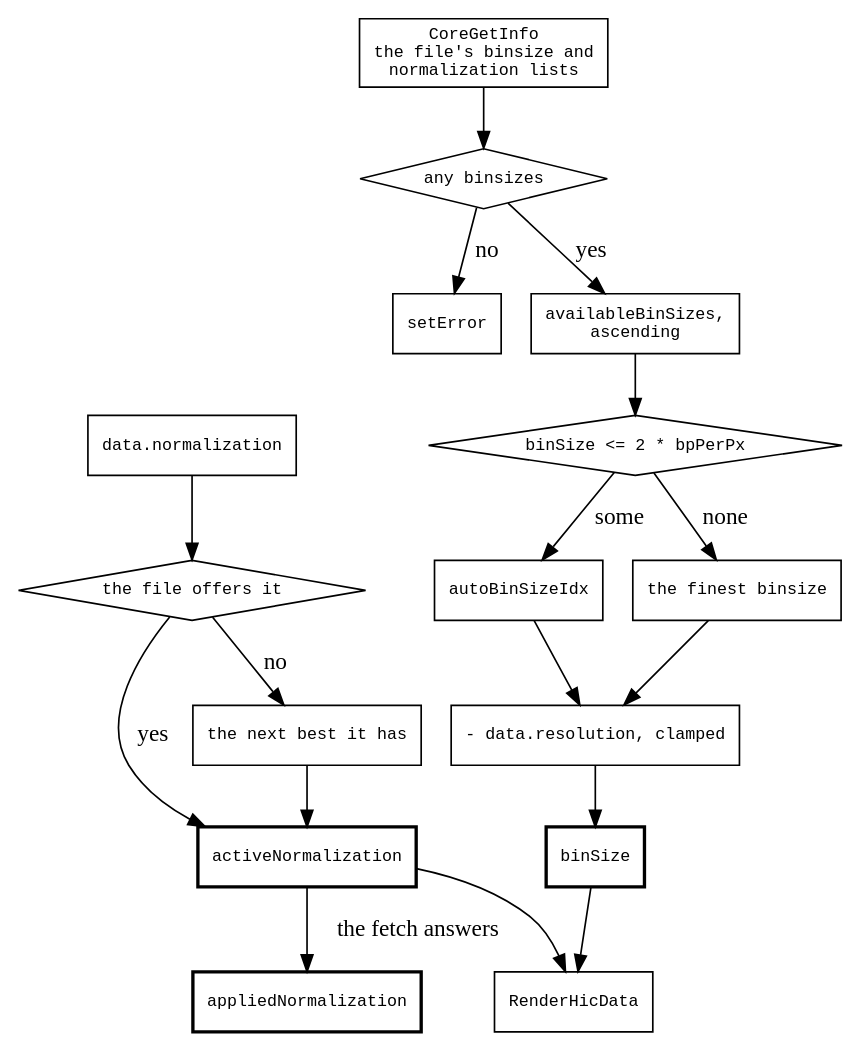
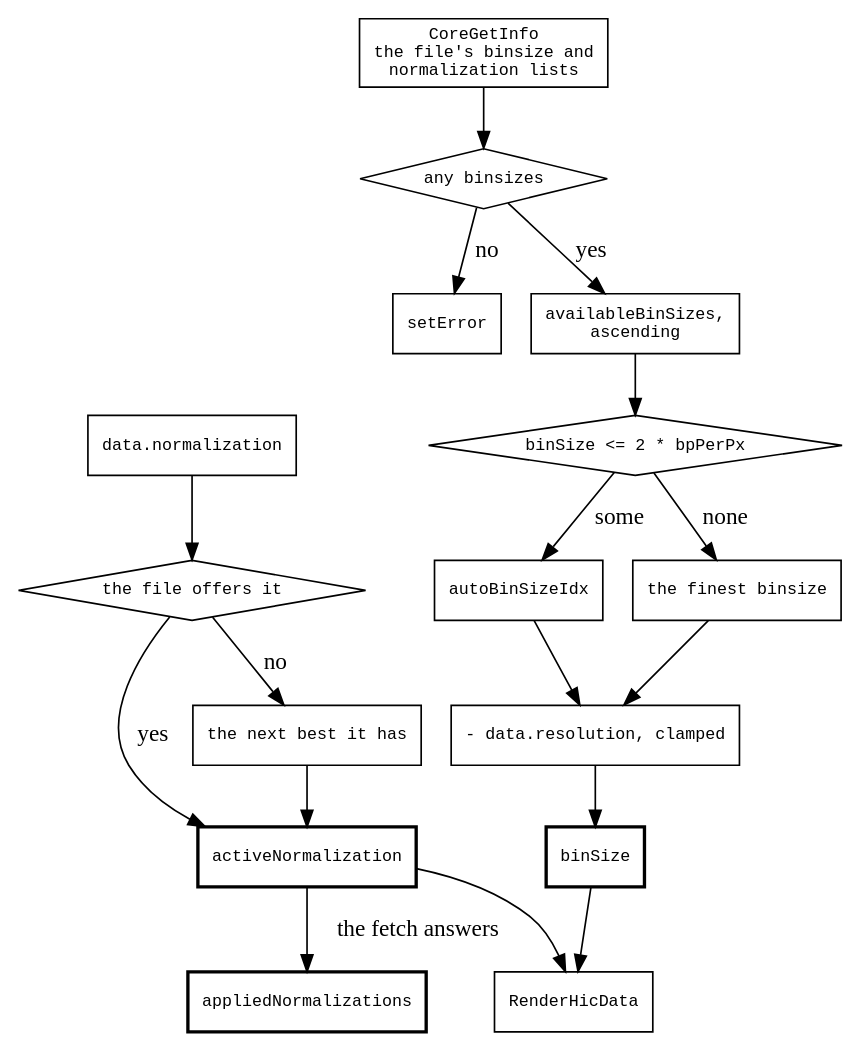
Before and after one commit to GMOD/jbrowse-components: the diagram in agent-docs/reference/diagrams/hic-request.dot, drawn with Graphviz. The commit also changed 17 other files, not shown here.

```diff
--- a/agent-docs/reference/diagrams/hic-request.dot
+++ b/agent-docs/reference/diagrams/hic-request.dot
@@ -1,40 +1,40 @@
 digraph hic_request {
   rankdir=TB
   node [shape=box fontname=monospace fontsize=10]
   { node [shape=diamond] listed; qualifies; offered }
 
   header [label="CoreGetInfo\nthe file's binsize and\nnormalization lists"]
   listed [label="any binsizes"]
   header -> listed
   listed -> terminal [label=" no"]
   listed -> sorted   [label=" yes"]
   terminal [label="setError"]
   sorted [label="availableBinSizes,\nascending"]
 
   qualifies [label="binSize <= 2 * bpPerPx"]
   sorted -> qualifies
   qualifies -> auto   [label=" some"]
   qualifies -> finest [label=" none"]
   auto   [label="autoBinSizeIdx"]
   finest [label="the finest binsize"]
 
   bias [label="- data.resolution, clamped"]
   auto -> bias  finest -> bias
   bias -> effective
   effective [label="binSize", style=bold]
 
   selected [label="data.normalization"]
   offered [label="the file offers it"]
   selected -> offered
   offered -> active   [label=" yes"]
   offered -> nextBest [label=" no"]
   nextBest [label="the next best it has"]
   active   [label="activeNormalization", style=bold]
   nextBest -> active
 
-  applied [label="appliedNormalization", style=bold]
+  applied [label="appliedNormalizations", style=bold]
   active -> applied [label=" the fetch answers"]
 
   call [label="RenderHicData"]
   effective -> call  active -> call
 }
```
